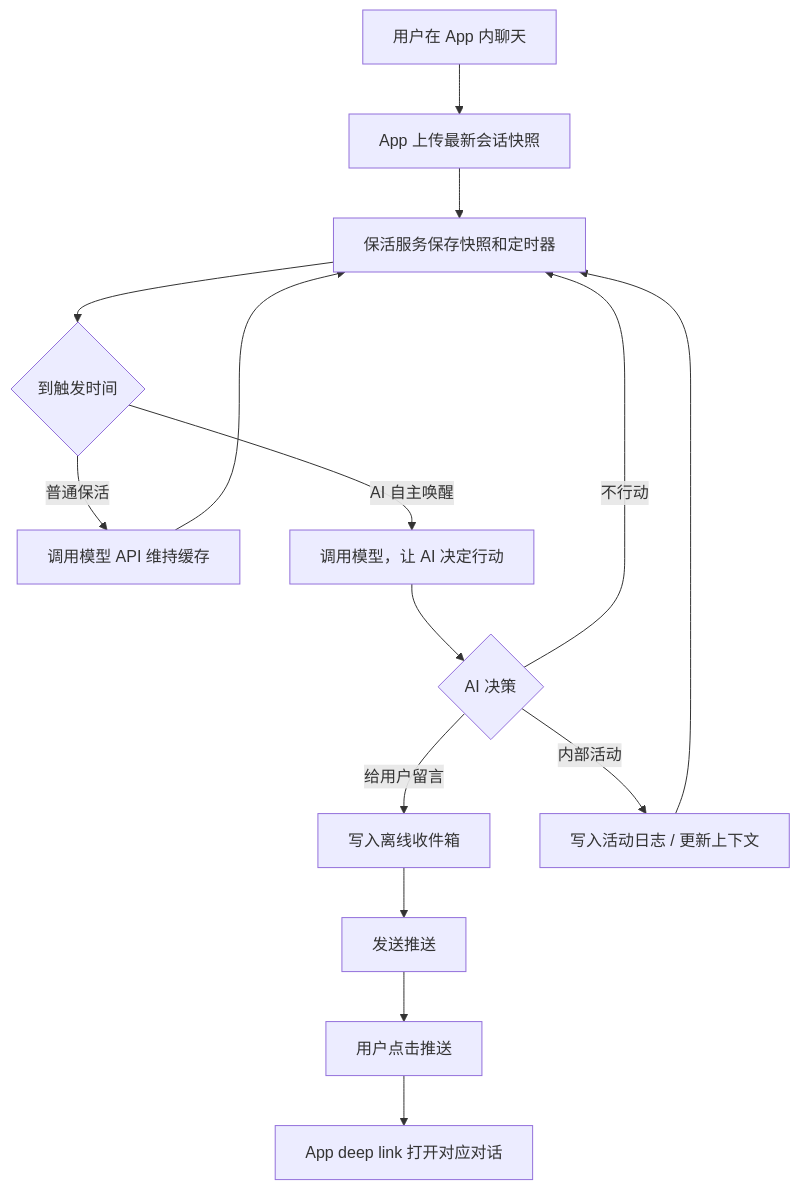
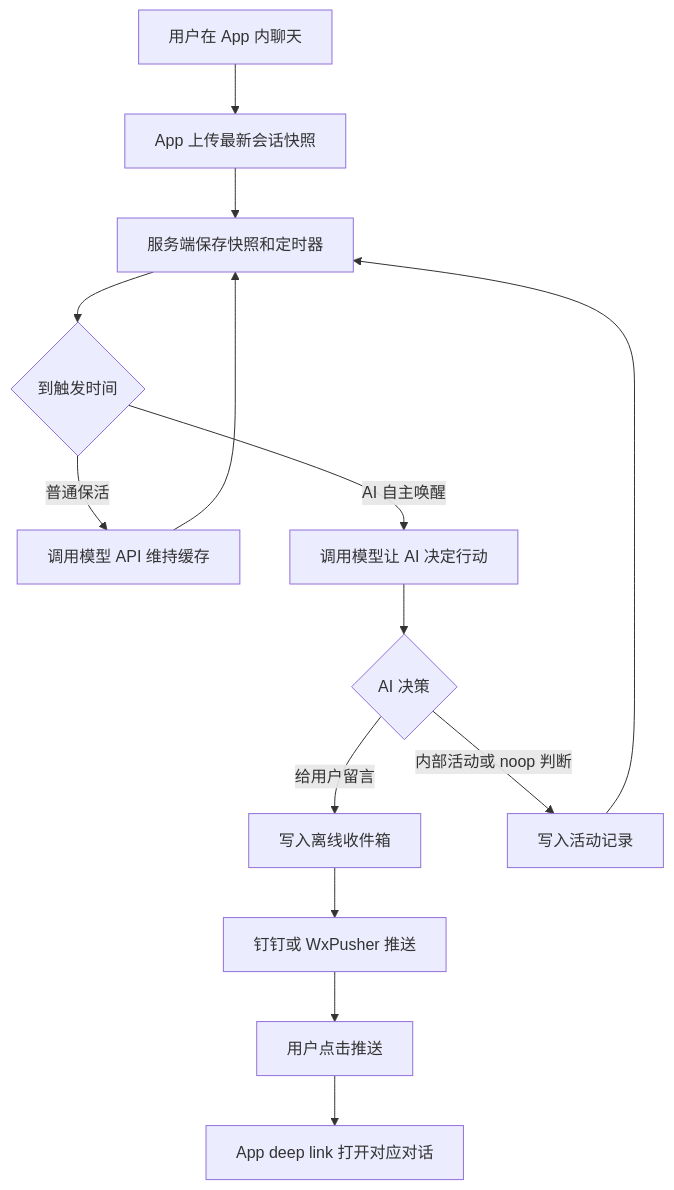
One commit to winter-bit-cry/YSClaude-keepalive-server changed the diagram in TUTORIAL.md. Above: the diagram before and after it, drawn with Mermaid. The commit also changed other lines of this file and 2 other files, not shown here.

Commit message:
Add DingTalk and WxPusher push support

````diff
--- a/TUTORIAL.md
+++ b/TUTORIAL.md
@@ -20,17 +23,16 @@
 ```mermaid
 flowchart TD
   A["用户在 App 内聊天"] --> B["App 上传最新会话快照"]
-  B --> C["保活服务保存快照和定时器"]
+  B --> C["服务端保存快照和定时器"]
   C --> D{"到触发时间"}
   D -->|"普通保活"| E["调用模型 API 维持缓存"]
-  D -->|"AI 自主唤醒"| F["调用模型，让 AI 决定行动"]
+  D -->|"AI 自主唤醒"| F["调用模型让 AI 决定行动"]
   F --> G{"AI 决策"}
   G -->|"给用户留言"| H["写入离线收件箱"]
-  H --> I["发送推送"]
+  H --> I["钉钉或 WxPusher 推送"]
   I --> J["用户点击推送"]
   J --> K["App deep link 打开对应对话"]
-  G -->|"内部活动"| L["写入活动日志 / 更新上下文"]
-  G -->|"不行动"| C
+  G -->|"内部活动或 noop 判断"| L["写入活动记录"]
   E --> C
   L --> C
 ```
````
